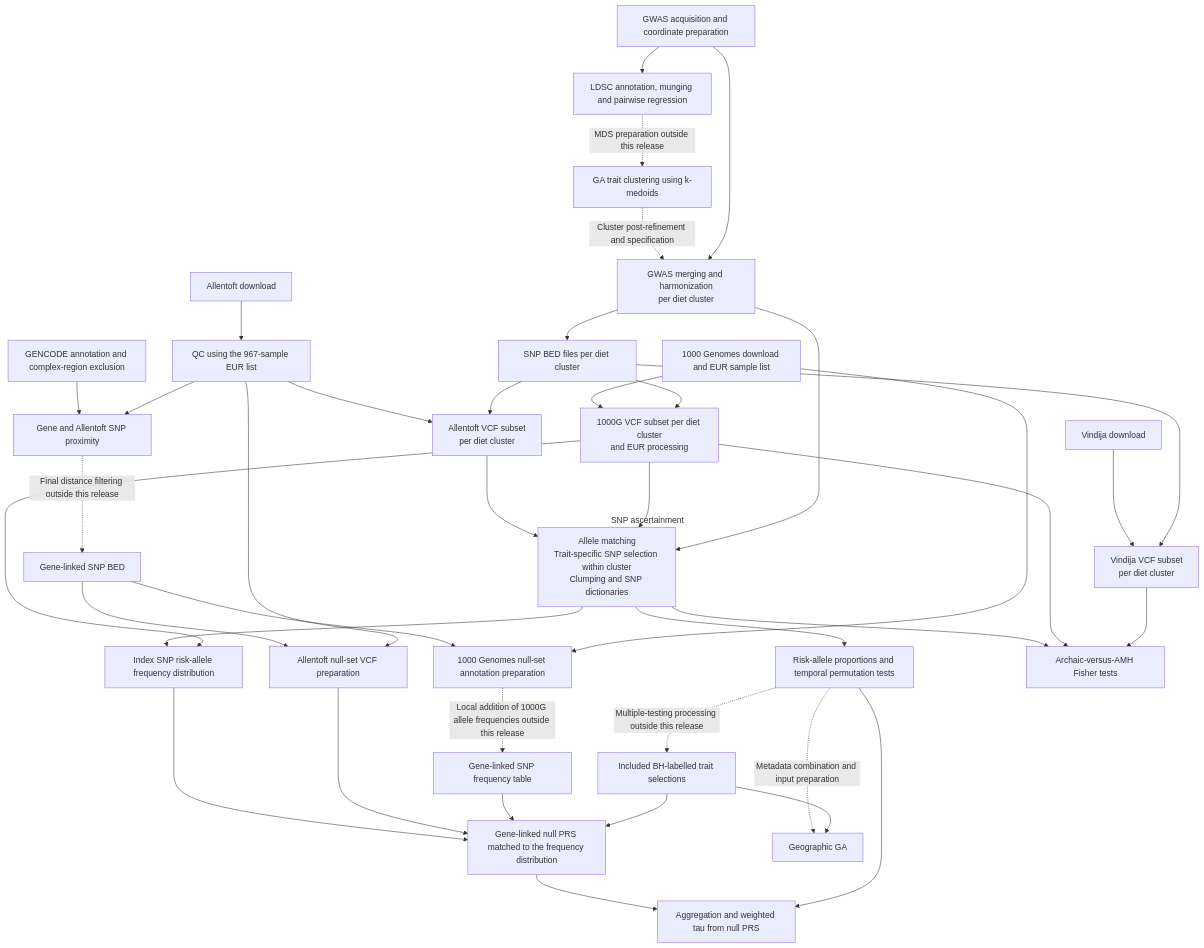
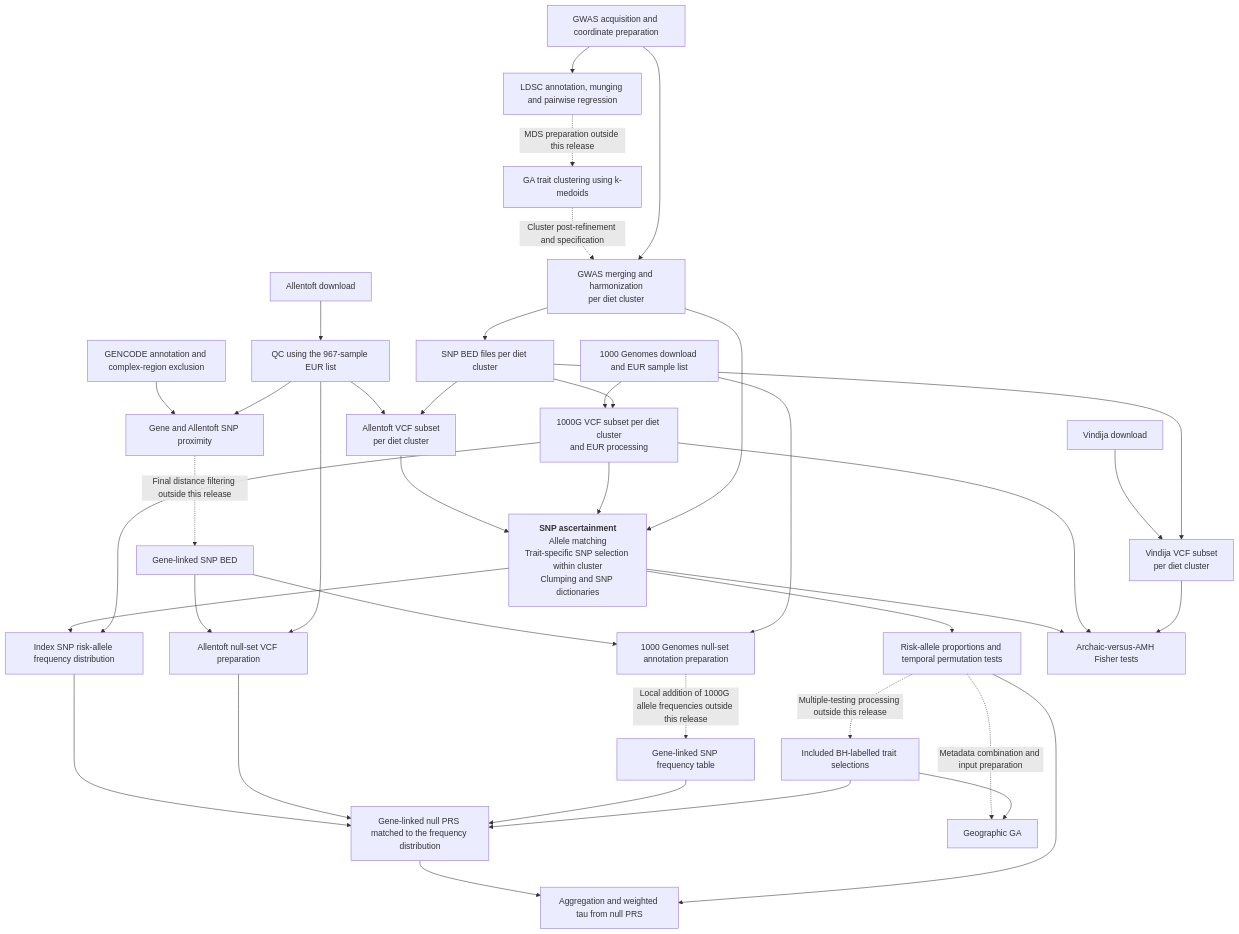
One commit to ccsbio/dietary-endophenotype-evolution changed the diagram in README.md. Above: the diagram before and after it, drawn with Mermaid. The commit also changed other lines of this file and 8 other files, not shown here.

````diff
--- a/README.md
+++ b/README.md
@@ -71,45 +71,42 @@
 ```mermaid
 flowchart TD
     GWAS[GWAS acquisition and coordinate preparation] --> LDSC[LDSC annotation, munging and pairwise regression]
     LDSC -. MDS preparation outside this release .-> GA[GA trait clustering using k-medoids]
     GA -. Cluster post-refinement and specification .-> MERGE["GWAS merging and harmonization<br/>per diet cluster"]
     GWAS --> MERGE
     MERGE --> BED[SNP BED files per diet cluster]
     RAWA[Allentoft download] --> QC[QC using the 967-sample EUR list]
     QC --> ADNA
     RAWK[1000 Genomes download and EUR sample list] --> KG
     RAWV[Vindija download] --> VIND
     BED --> ADNA["Allentoft VCF subset<br/>per diet cluster"]
     BED --> KG["1000G VCF subset per diet cluster<br/>and EUR processing"]
     BED --> VIND["Vindija VCF subset<br/>per diet cluster"]
-    subgraph SNP_ASC ["SNP ascertainment"]
-        ASC["Allele matching<br/>Trait-specific SNP selection within cluster<br/>Clumping and SNP dictionaries"]
-    end
-    style SNP_ASC fill:transparent,stroke:none
+    ASC["<b>SNP ascertainment</b><br/>Allele matching<br/>Trait-specific SNP selection within cluster<br/>Clumping and SNP dictionaries"]
     ADNA --> ASC
     KG --> ASC
     MERGE --> ASC
     ASC --> TEMP[Risk-allele proportions and temporal permutation tests]
     TEMP -. Multiple-testing processing outside this release .-> SEL[Included BH-labelled trait selections]
     ASC --> AF[Index SNP risk-allele frequency distribution]
     KG --> AF
     AF --> NULL[Gene-linked null PRS matched to the frequency distribution]
     ANNO[GENCODE annotation and complex-region exclusion] --> NEAR[Gene and Allentoft SNP proximity]
     QC --> NEAR
     NEAR -. Final distance filtering outside this release .-> NSET[Gene-linked SNP BED]
     NSET --> NVCF[Allentoft null-set VCF preparation]
     QC --> NVCF
     NSET --> KANNO[1000 Genomes null-set annotation preparation]
     RAWK --> KANNO
     KANNO -. Local addition of 1000G allele frequencies outside this release .-> NAF[Gene-linked SNP frequency table]
     NVCF --> NULL
     NAF --> NULL
     SEL --> NULL
     NULL --> NTAU[Aggregation and weighted tau from null PRS]
     TEMP --> NTAU
     TEMP -. Metadata combination and input preparation .-> GEO[Geographic GA]
     SEL --> GEO
     ASC --> ARCH[Archaic-versus-AMH Fisher tests]
     KG --> ARCH
     VIND --> ARCH
 ```
````
